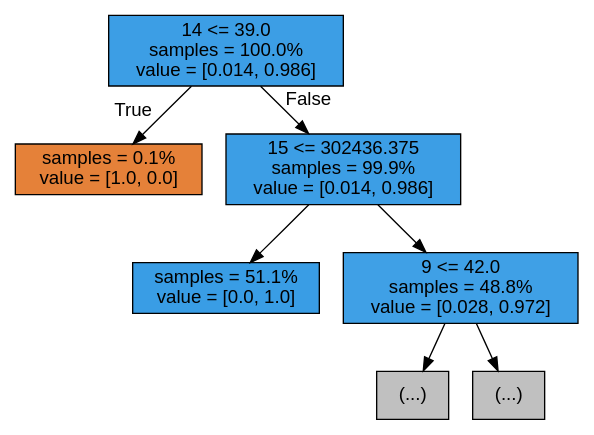
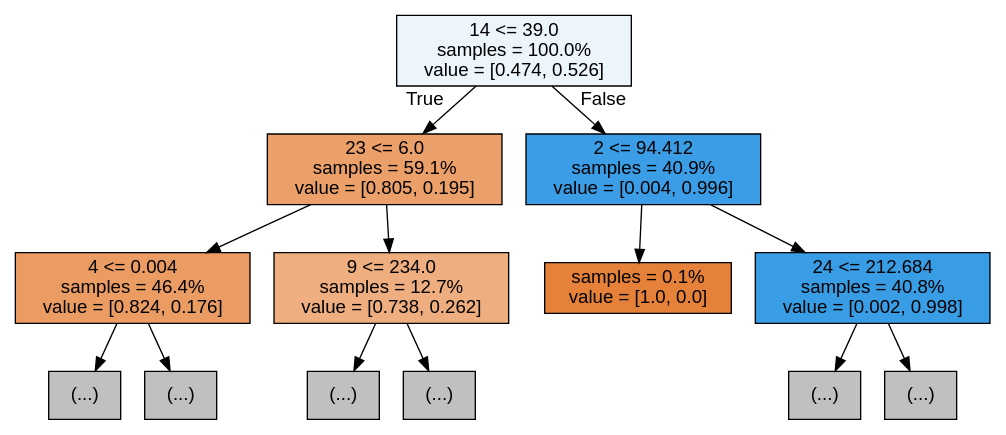
One commit to andrewrocke/Industrial-Controls-Systems-ICS-Intrusion-Detection-IDS-ML-MSc-code changed the diagram in ML Test/RF.dot. Above: the diagram before and after it, drawn with Graphviz. The commit also changed 7 other files, not shown here.

```diff
--- a/ML Test/RF.dot
+++ b/ML Test/RF.dot
@@ -1,17 +1,29 @@
 digraph Tree {
 node [shape=box, style="filled", color="black", fontname="helvetica"] ;
 edge [fontname="helvetica"] ;
-0 [label="14 <= 39.0\nsamples = 100.0%\nvalue = [0.014, 0.986]", fillcolor="#3c9ee5"] ;
-1 [label="samples = 0.1%\nvalue = [1.0, 0.0]", fillcolor="#e58139"] ;
+0 [label="14 <= 39.0\nsamples = 100.0%\nvalue = [0.474, 0.526]", fillcolor="#ecf5fc"] ;
+1 [label="23 <= 6.0\nsamples = 59.1%\nvalue = [0.805, 0.195]", fillcolor="#eb9f69"] ;
 0 -> 1 [labeldistance=2.5, labelangle=45, headlabel="True"] ;
-2 [label="15 <= 302436.375\nsamples = 99.9%\nvalue = [0.014, 0.986]", fillcolor="#3c9ee5"] ;
-0 -> 2 [labeldistance=2.5, labelangle=-45, headlabel="False"] ;
-3 [label="samples = 51.1%\nvalue = [0.0, 1.0]", fillcolor="#399de5"] ;
+2 [label="4 <= 0.004\nsamples = 46.4%\nvalue = [0.824, 0.176]", fillcolor="#eb9c63"] ;
+1 -> 2 ;
+3 [label="(...)", fillcolor="#C0C0C0"] ;
 2 -> 3 ;
-4 [label="9 <= 42.0\nsamples = 48.8%\nvalue = [0.028, 0.972]", fillcolor="#3fa0e6"] ;
-2 -> 4 ;
-5 [label="(...)", fillcolor="#C0C0C0"] ;
-4 -> 5 ;
-26 [label="(...)", fillcolor="#C0C0C0"] ;
-4 -> 26 ;
+572 [label="(...)", fillcolor="#C0C0C0"] ;
+2 -> 572 ;
+613 [label="9 <= 234.0\nsamples = 12.7%\nvalue = [0.738, 0.262]", fillcolor="#eeae7f"] ;
+1 -> 613 ;
+614 [label="(...)", fillcolor="#C0C0C0"] ;
+613 -> 614 ;
+961 [label="(...)", fillcolor="#C0C0C0"] ;
+613 -> 961 ;
+1056 [label="2 <= 94.412\nsamples = 40.9%\nvalue = [0.004, 0.996]", fillcolor="#3a9de5"] ;
+0 -> 1056 [labeldistance=2.5, labelangle=-45, headlabel="False"] ;
+1057 [label="samples = 0.1%\nvalue = [1.0, 0.0]", fillcolor="#e58139"] ;
+1056 -> 1057 ;
+1058 [label="24 <= 212.684\nsamples = 40.8%\nvalue = [0.002, 0.998]", fillcolor="#399de5"] ;
+1056 -> 1058 ;
+1059 [label="(...)", fillcolor="#C0C0C0"] ;
+1058 -> 1059 ;
+1084 [label="(...)", fillcolor="#C0C0C0"] ;
+1058 -> 1084 ;
 }
```
